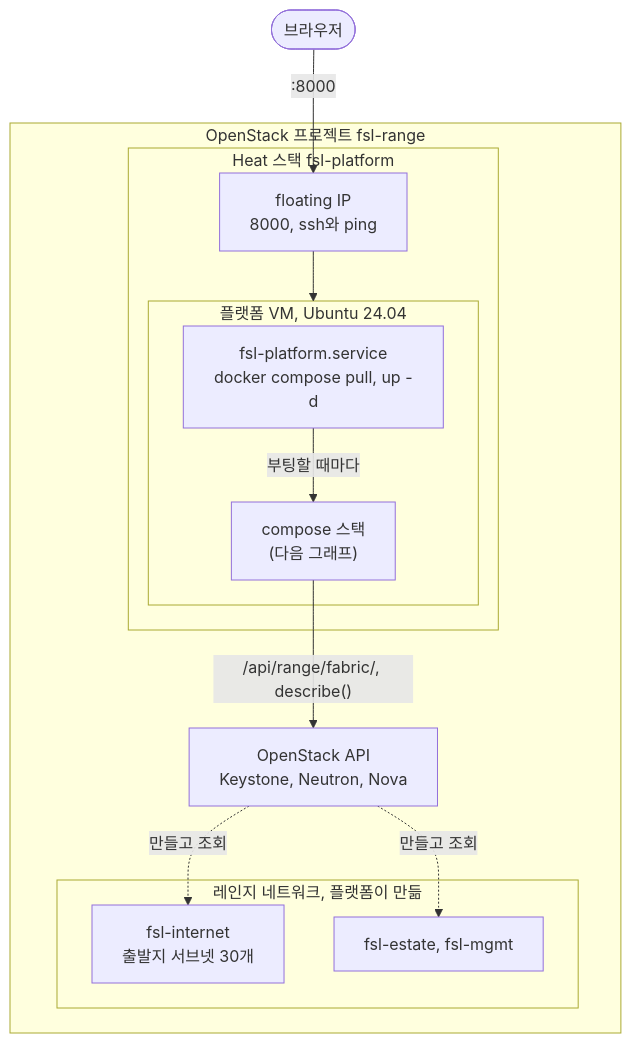
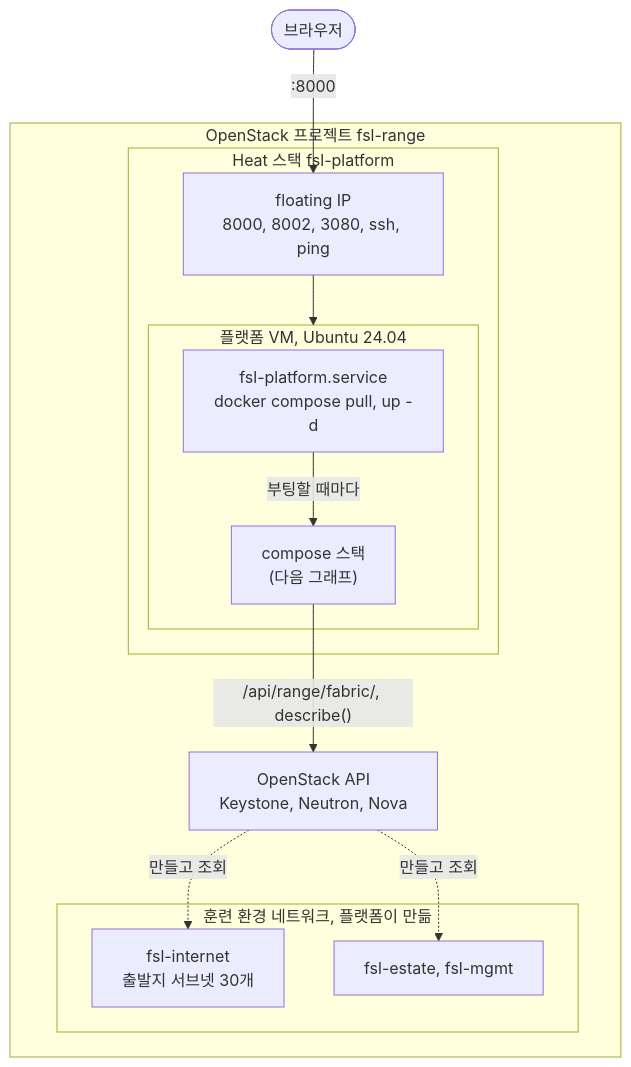
One commit to Nekonic/fsl-project-mvp changed the first of 2 diagrams in README.ko.md. Above: the diagram before and after it, drawn with Mermaid. The commit also changed other lines of this file and 14 other files, not shown here.

````diff
--- a/README.ko.md
+++ b/README.ko.md
@@ -19,26 +28,26 @@
 ```mermaid
 flowchart TB
   person(["브라우저"])
 
   subgraph cloud["OpenStack 프로젝트 fsl-range"]
     api["OpenStack API<br/>Keystone, Neutron, Nova"]
     subgraph heat["Heat 스택 fsl-platform"]
-      fip["floating IP<br/>8000, ssh와 ping"]
+      fip["floating IP<br/>8000, 8002, 3080, ssh, ping"]
       subgraph vm["플랫폼 VM, Ubuntu 24.04"]
         unit["fsl-platform.service<br/>docker compose pull, up -d"]
         stack["compose 스택<br/>(다음 그래프)"]
       end
     end
-    subgraph fabric_box["레인지 네트워크, 플랫폼이 만듦"]
+    subgraph fabric_box["훈련 환경 네트워크, 플랫폼이 만듦"]
       internet["fsl-internet<br/>출발지 서브넷 30개"]
       inside["fsl-estate, fsl-mgmt"]
     end
   end
 
   person -->|":8000"| fip
   fip --> vm
   unit -->|"부팅할 때마다"| stack
   stack -->|"/api/range/fabric/, describe()"| api
   api -.->|만들고 조회| internet
   api -.->|만들고 조회| inside
 ```
````
